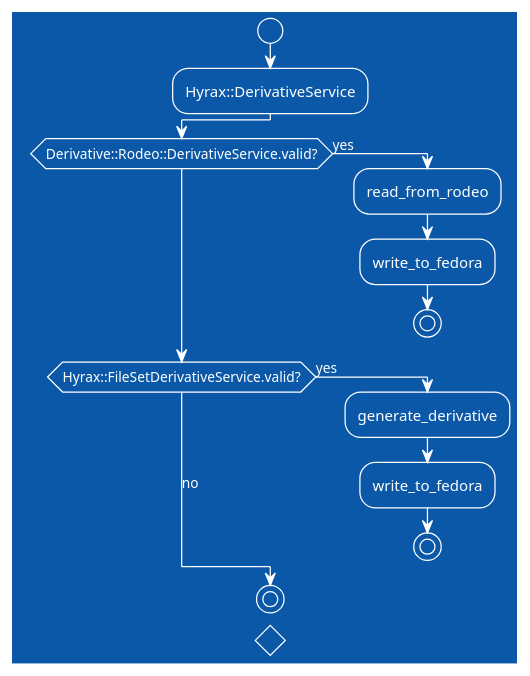
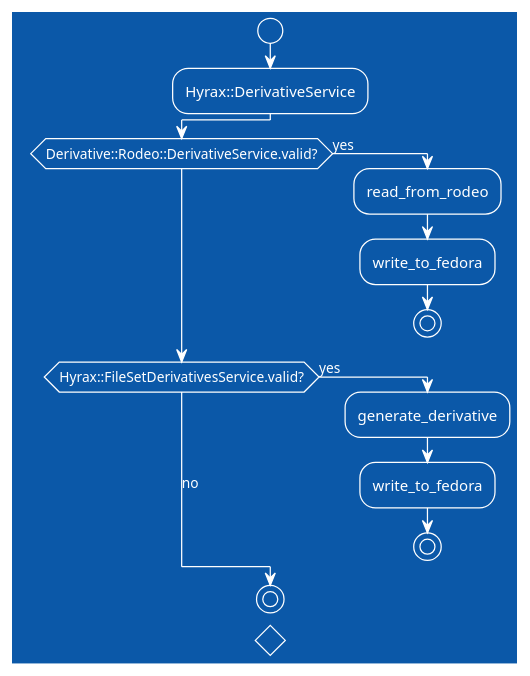
One commit to scientist-softserv/derivative-rodeo changed the fourth of 4 diagrams in README.md. Above: the diagram before and after it, drawn with PlantUML.

Commit message:
Amending documentation

````diff
--- a/README.md
+++ b/README.md
@@ -194,19 +194,19 @@
 ```plantuml
   @startuml
   !theme amiga
   !pragma useVerticalIf on
   start
   :Hyrax::DerivativeService;
   if (Derivative::Rodeo::DerivativeService.valid?) then (yes)
 	  :read_from_rodeo;
 	  :write_to_fedora;
 	  stop
-  elseif (Hyrax::FileSetDerivativeService.valid?) then (yes)
+  elseif (Hyrax::FileSetDerivativesService.valid?) then (yes)
 	  :generate_derivative;
 	  :write_to_fedora;
 	  stop
   else (no)
 	  stop
   endif
   @enduml
 ```
````
